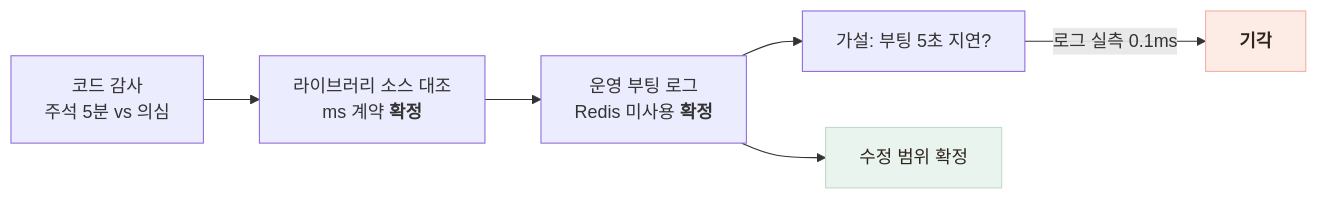
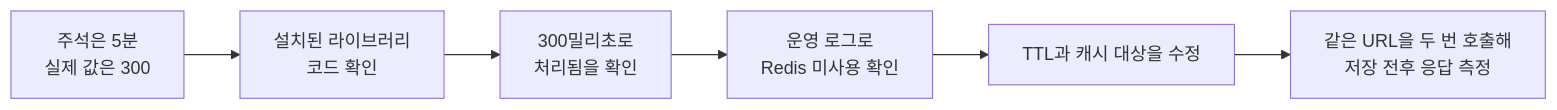
The diagram in public/mds/katsu-map/ts-5-cache-drift.md (Jinacker/PortFolio), drawn with Mermaid before and after one commit. The commit also changed other lines of this file and 8 other files, not shown here.

````diff
--- a/public/mds/katsu-map/ts-5-cache-drift.md
+++ b/public/mds/katsu-map/ts-5-cache-drift.md
@@ -32,11 +34,8 @@
 ```mermaid
 flowchart LR
-    A["코드 감사<br/>주석 5분 vs 의심"] --> B["라이브러리 소스 대조<br/>ms 계약 <b>확정</b>"]
-    B --> C["운영 부팅 로그<br/>Redis 미사용 <b>확정</b>"]
-    C --> D["가설: 부팅 5초 지연?"]
-    D -->|"로그 실측 0.1ms"| E["<b>기각</b>"]
-    C --> F["수정 범위 확정"]
-
-    style E fill:#FDEBE6,stroke:#EFB4A3,color:#2E251C
-    style F fill:#EAF4EE,stroke:#BFDCCB,color:#2E251C
+    A["주석은 5분<br/>실제 값은 300"] --> B["설치된 라이브러리<br/>코드 확인"]
+    B --> C["300밀리초로<br/>처리됨을 확인"]
+    C --> D["운영 로그로<br/>Redis 미사용 확인"]
+    D --> E["TTL과 캐시 대상을 수정"]
+    E --> F["같은 URL을 두 번 호출해<br/>저장 전후 응답 측정"]
 ```
````
